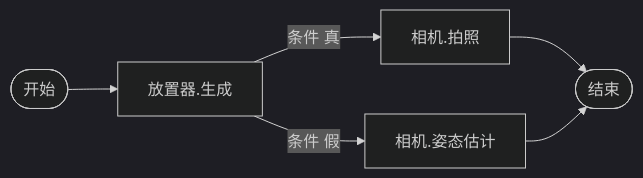
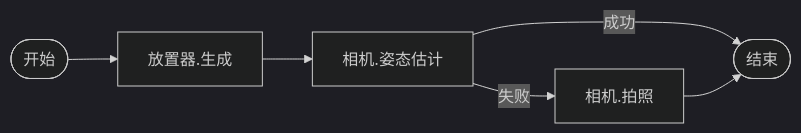
One commit to sltruman/practical-tools changed diagram 11 of 13 in README.md. Above: the diagram before and after it, drawn with Mermaid (dark theme). The commit also changed other lines of this file and 1 other file, not shown here.

````diff
--- a/README.md
+++ b/README.md
@@ -319,13 +346,12 @@
 ```mermaid
 flowchart LR
     start([开始])
     finish([结束])
     palcer.generate[放置器.生成]
     camera.capture[相机.拍照]
     camera.pose_recognize[相机.姿态估计]
     start-->palcer.generate
-    palcer.generate--条件 真-->camera.capture-->finish
-
-    palcer.generate--条件 假-->camera.pose_recognize
-    camera.pose_recognize-->finish
+    palcer.generate-->camera.pose_recognize
+    camera.pose_recognize--成功-->finish
+    camera.pose_recognize--失败-->camera.capture-->finish
 ```
````
